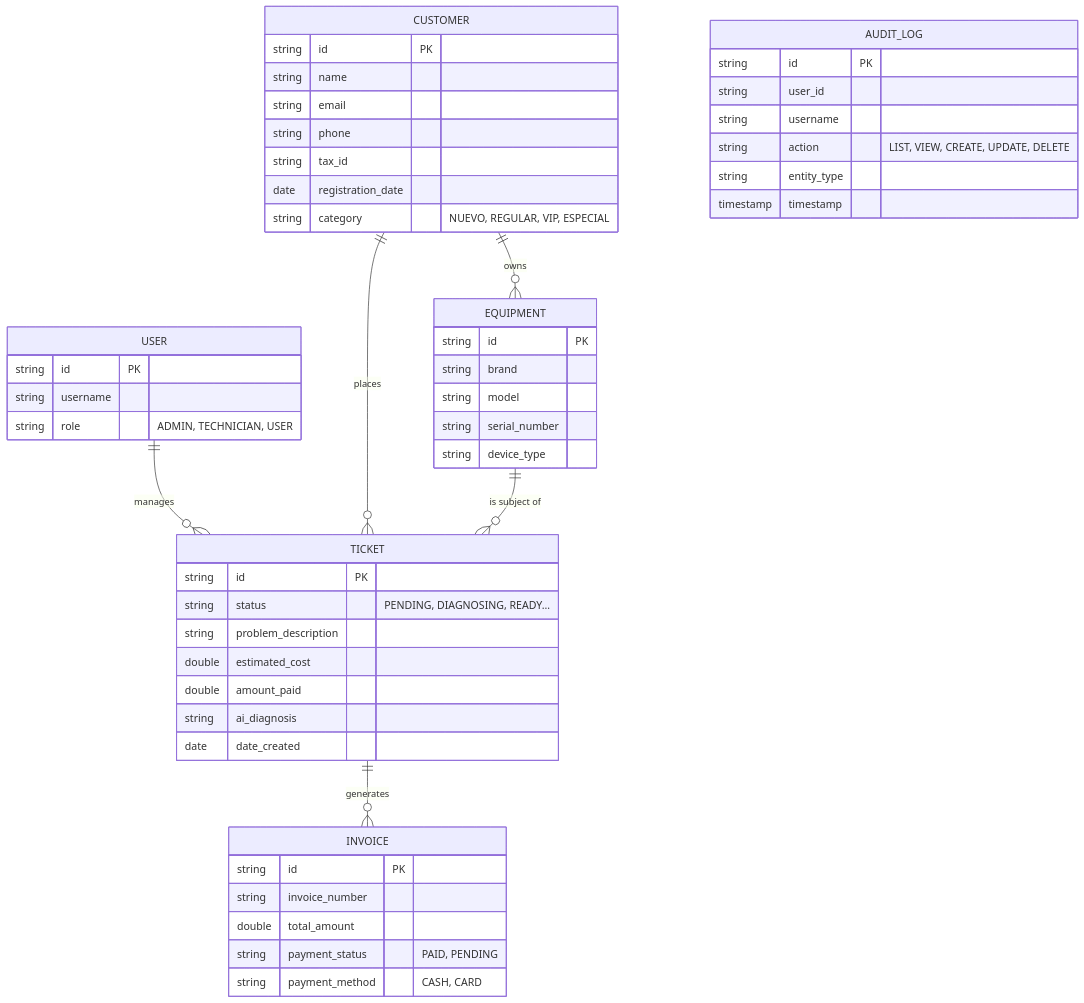
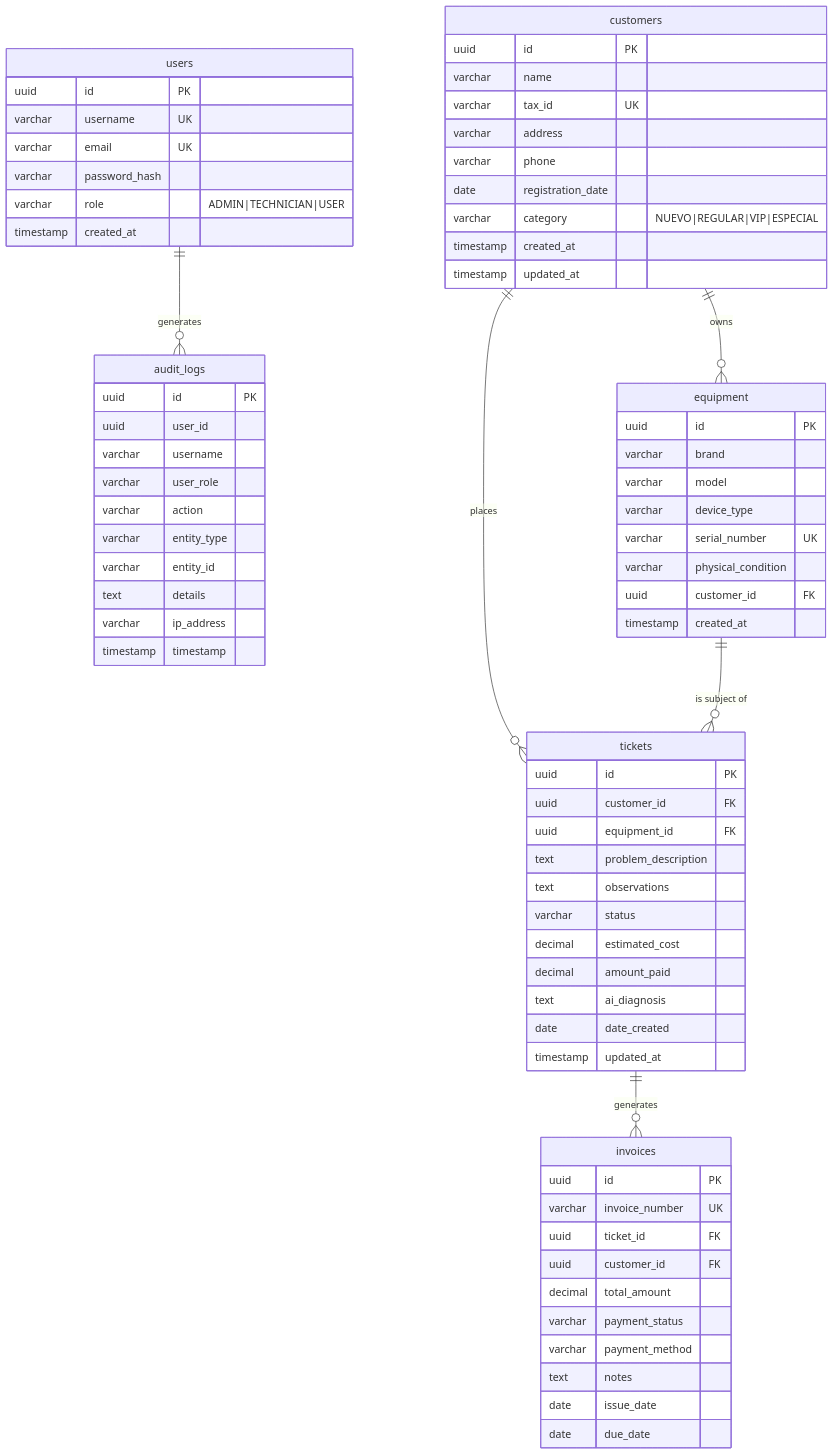
One commit to enri312/cyrcetech changed the sixth of 6 diagrams in project_manual.md. Above: the diagram before and after it, drawn with Mermaid. The commit also changed other lines of this file and 28 other files, not shown here.

````diff
--- a/project_manual.md
+++ b/project_manual.md
@@ -37,59 +364,80 @@
 ```mermaid
 erDiagram
-    USER ||--o{ TICKET : manages
-    CUSTOMER ||--o{ EQUIPMENT : owns
-    CUSTOMER ||--o{ TICKET : places
-    EQUIPMENT ||--o{ TICKET : "is subject of"
-    TICKET ||--o{ INVOICE : generates
+    users ||--o{ audit_logs : generates
+    customers ||--o{ equipment : owns
+    customers ||--o{ tickets : places
+    equipment ||--o{ tickets : "is subject of"
+    tickets ||--o{ invoices : generates
 
-    USER {
-        string id PK
-        string username
-        string role "ADMIN, TECHNICIAN, USER"
+    users {
+        uuid id PK
+        varchar username UK
+        varchar email UK
+        varchar password_hash
+        varchar role "ADMIN|TECHNICIAN|USER"
+        timestamp created_at
     }
 
-    CUSTOMER {
-        string id PK
-        string name
-        string email
-        string phone
-        string tax_id
+    customers {
+        uuid id PK
+        varchar name
+        varchar tax_id UK
+        varchar address
+        varchar phone
         date registration_date
-        string category "NUEVO, REGULAR, VIP, ESPECIAL"
+        varchar category "NUEVO|REGULAR|VIP|ESPECIAL"
+        timestamp created_at
+        timestamp updated_at
     }
 
-    EQUIPMENT {
-        string id PK
-        string brand
-        string model
-        string serial_number
-        string device_type
+    equipment {
+        uuid id PK
+        varchar brand
+        varchar model
+        varchar device_type
+        varchar serial_number UK
+        varchar physical_condition
+        uuid customer_id FK
+        timestamp created_at
     }
 
-    TICKET {
-        string id PK
-        string status "PENDING, DIAGNOSING, READY..."
-        string problem_description
-        double estimated_cost
-        double amount_paid
-        string ai_diagnosis
+    tickets {
+        uuid id PK
+        uuid customer_id FK
+        uuid equipment_id FK
+        text problem_description
+        text observations
+        varchar status
+        decimal estimated_cost
+        decimal amount_paid
+        text ai_diagnosis
         date date_created
+        timestamp updated_at
     }
 
-    INVOICE {
-        string id PK
-        string invoice_number
-        double total_amount
-        string payment_status "PAID, PENDING"
-        string payment_method "CASH, CARD"
+    invoices {
+        uuid id PK
+        varchar invoice_number UK
+        uuid ticket_id FK
+        uuid customer_id FK
+        decimal total_amount
+        varchar payment_status
+        varchar payment_method
+        text notes
+        date issue_date
+        date due_date
     }
 
-    AUDIT_LOG {
-        string id PK
-        string user_id
-        string username
-        string action "LIST, VIEW, CREATE, UPDATE, DELETE"
-        string entity_type
+    audit_logs {
+        uuid id PK
+        uuid user_id
+        varchar username
+        varchar user_role
+        varchar action
+        varchar entity_type
+        varchar entity_id
+        text details
+        varchar ip_address
         timestamp timestamp
     }
 ```
````
